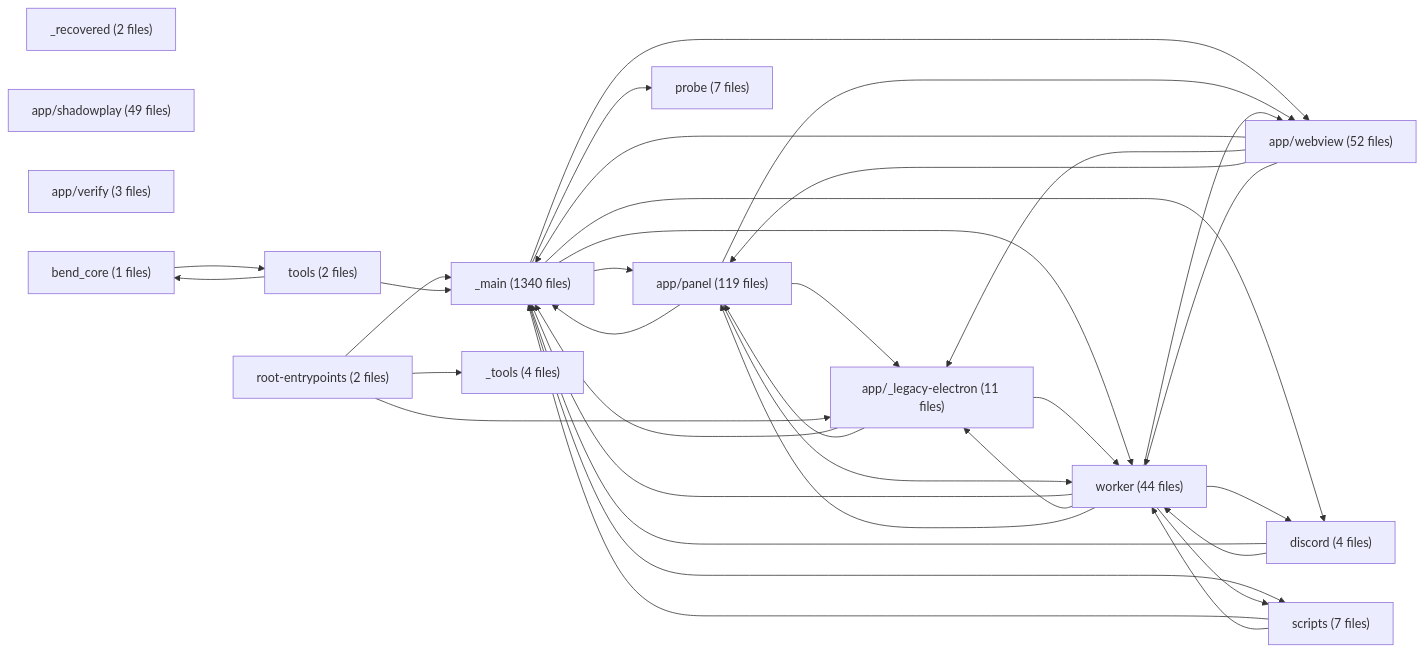
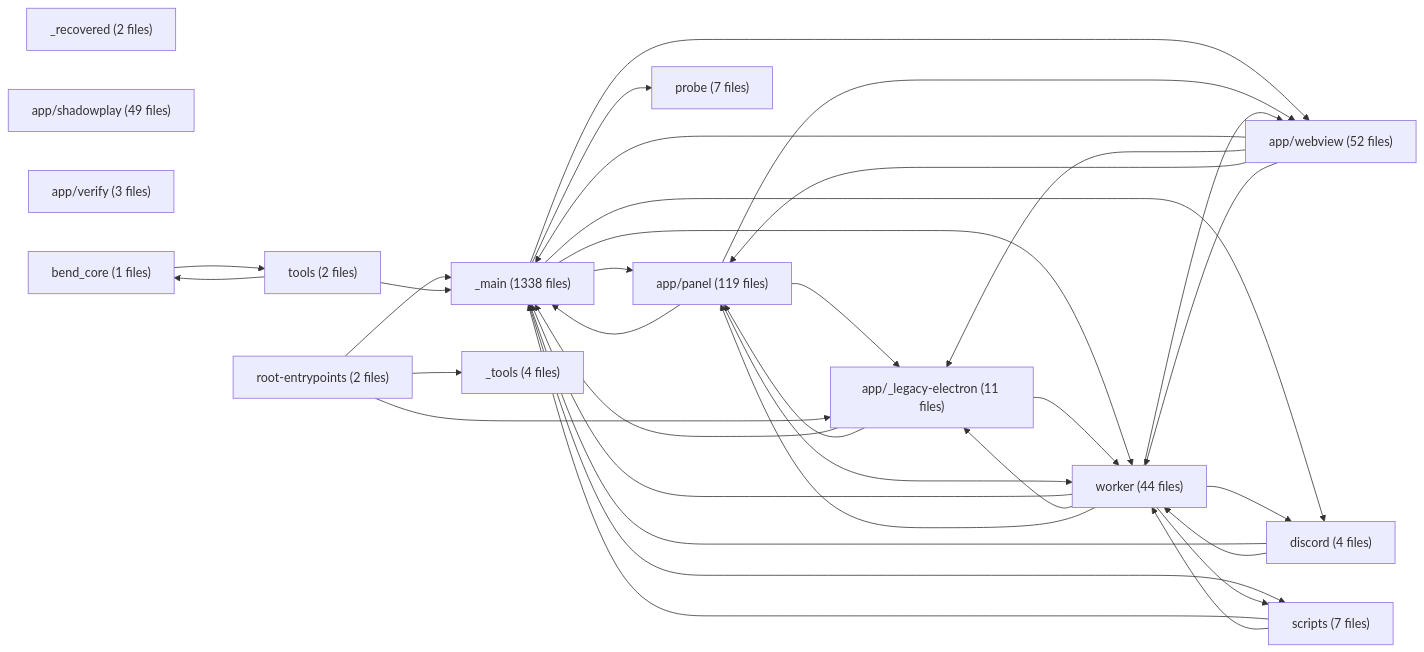
One commit to mateusant13/sotto changed the diagram in features/INDEX.md. Above: the diagram before and after it, drawn with Mermaid. The commit also changed other lines of this file and 3 other files, not shown here.

````diff
--- a/features/INDEX.md
+++ b/features/INDEX.md
@@ -28,51 +28,51 @@
 ```mermaid
 flowchart LR
-  _main["_main (1340 files)"]
+  _main["_main (1338 files)"]
   _recovered["_recovered (2 files)"]
   _tools["_tools (4 files)"]
   app__legacy_electron["app/_legacy-electron (11 files)"]
   app_panel["app/panel (119 files)"]
   app_shadowplay["app/shadowplay (49 files)"]
   app_verify["app/verify (3 files)"]
   app_webview["app/webview (52 files)"]
   bend_core["bend_core (1 files)"]
   discord["discord (4 files)"]
   probe["probe (7 files)"]
   root_entrypoints["root-entrypoints (2 files)"]
   scripts["scripts (7 files)"]
   tools["tools (2 files)"]
   worker["worker (44 files)"]
   _main --> app_panel
   _main --> app_webview
   _main --> worker
   _main --> discord
   _main --> probe
   _main --> scripts
   app__legacy_electron --> _main
   app__legacy_electron --> app_panel
   app__legacy_electron --> worker
   app_panel --> _main
   app_panel --> app__legacy_electron
   app_panel --> app_webview
   app_panel --> worker
   app_webview --> _main
   app_webview --> app__legacy_electron
   app_webview --> app_panel
   app_webview --> worker
   bend_core --> tools
   discord --> _main
   discord --> worker
   root_entrypoints --> _main
   root_entrypoints --> _tools
   root_entrypoints --> app__legacy_electron
   scripts --> _main
   scripts --> worker
   tools --> bend_core
   tools --> _main
   worker --> _main
   worker --> app__legacy_electron
   worker --> app_webview
   worker --> app_panel
   worker --> discord
   worker --> scripts
 ```
````
